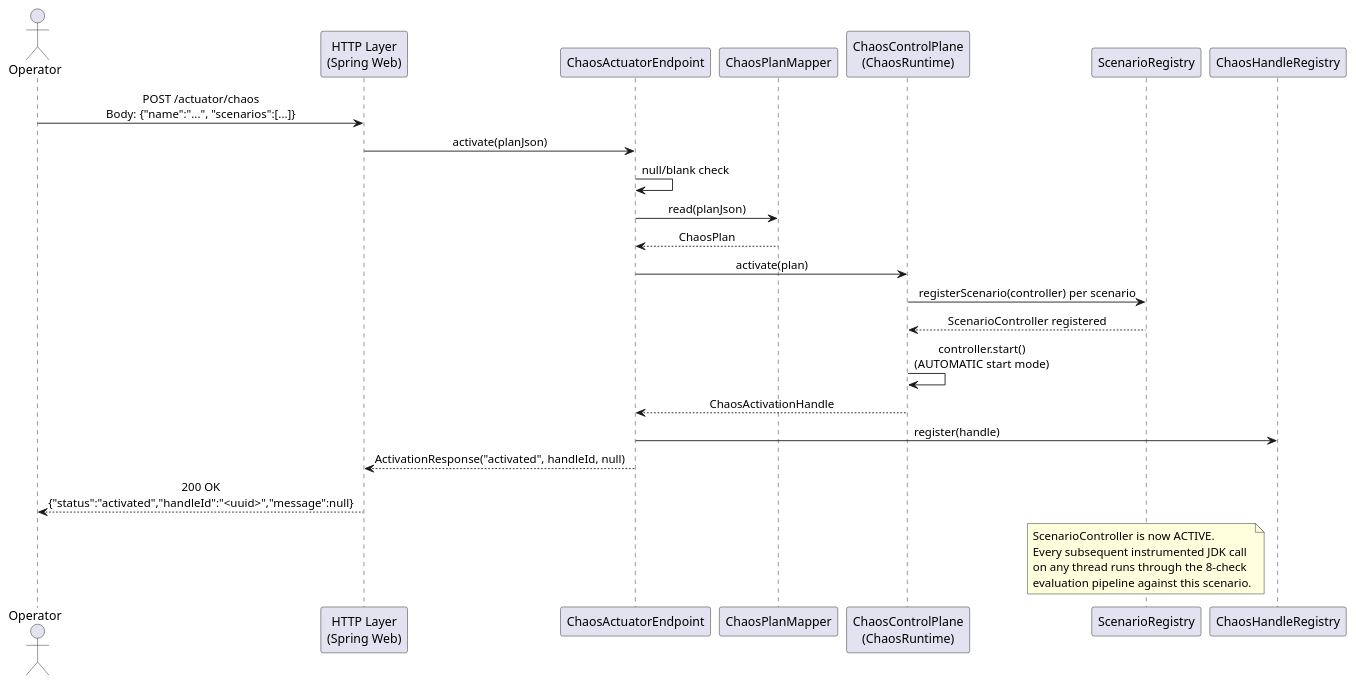
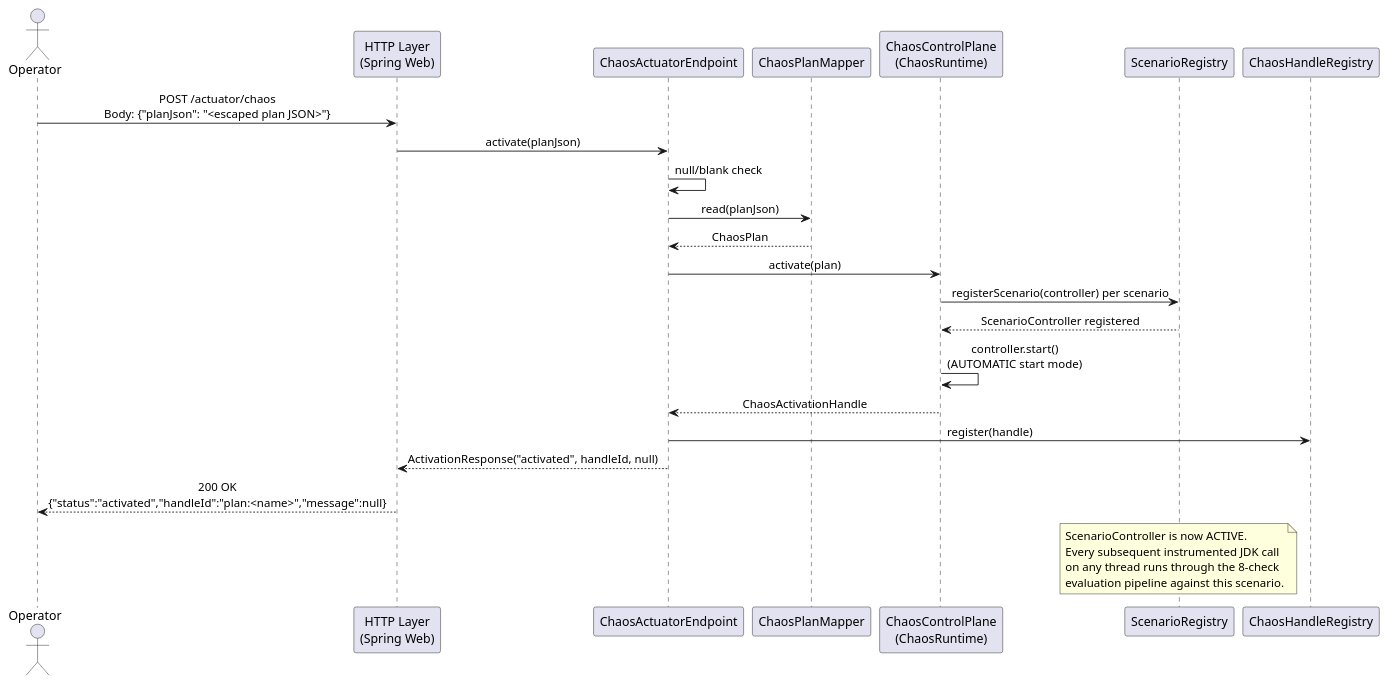
The second of 2 diagrams in docs/spring-integration.md (macstab/macstab-chaos-jvm-agent), drawn with PlantUML before and after one commit. The commit also changed other lines of this file and 11 other files, not shown here.

````diff
--- a/docs/spring-integration.md
+++ b/docs/spring-integration.md
@@ -621,35 +651,35 @@
 ```plantuml
 @startuml
 skinparam sequenceMessageAlign center
 skinparam responseMessageBelowArrow true
 
 actor "Operator" as Op
 participant "HTTP Layer\n(Spring Web)" as HTTP
 participant "ChaosActuatorEndpoint" as Endpoint
 participant "ChaosPlanMapper" as Mapper
 participant "ChaosControlPlane\n(ChaosRuntime)" as CP
 participant "ScenarioRegistry" as Registry
 participant "ChaosHandleRegistry" as HandleReg
 
-Op -> HTTP: POST /actuator/chaos\nBody: {"name":"...", "scenarios":[...]}
+Op -> HTTP: POST /actuator/chaos\nBody: {"planJson": "<escaped plan JSON>"}
 HTTP -> Endpoint: activate(planJson)
 Endpoint -> Endpoint: null/blank check
 Endpoint -> Mapper: read(planJson)
 Mapper --> Endpoint: ChaosPlan
 Endpoint -> CP: activate(plan)
 CP -> Registry: registerScenario(controller) per scenario
 Registry --> CP: ScenarioController registered
 CP -> CP: controller.start()\n(AUTOMATIC start mode)
 CP --> Endpoint: ChaosActivationHandle
 Endpoint -> HandleReg: register(handle)
 Endpoint --> HTTP: ActivationResponse("activated", handleId, null)
-HTTP --> Op: 200 OK\n{"status":"activated","handleId":"<uuid>","message":null}
+HTTP --> Op: 200 OK\n{"status":"activated","handleId":"plan:<name>","message":null}
 
 note over Registry
   ScenarioController is now ACTIVE.
   Every subsequent instrumented JDK call
   on any thread runs through the 8-check
   evaluation pipeline against this scenario.
 end note
 @enduml
 ```
````
